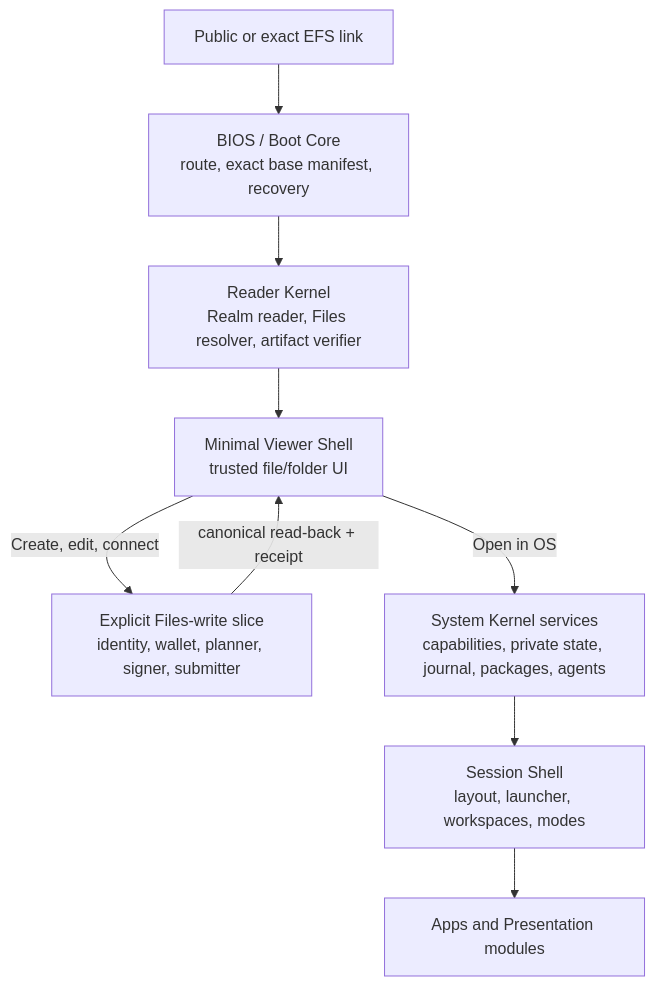
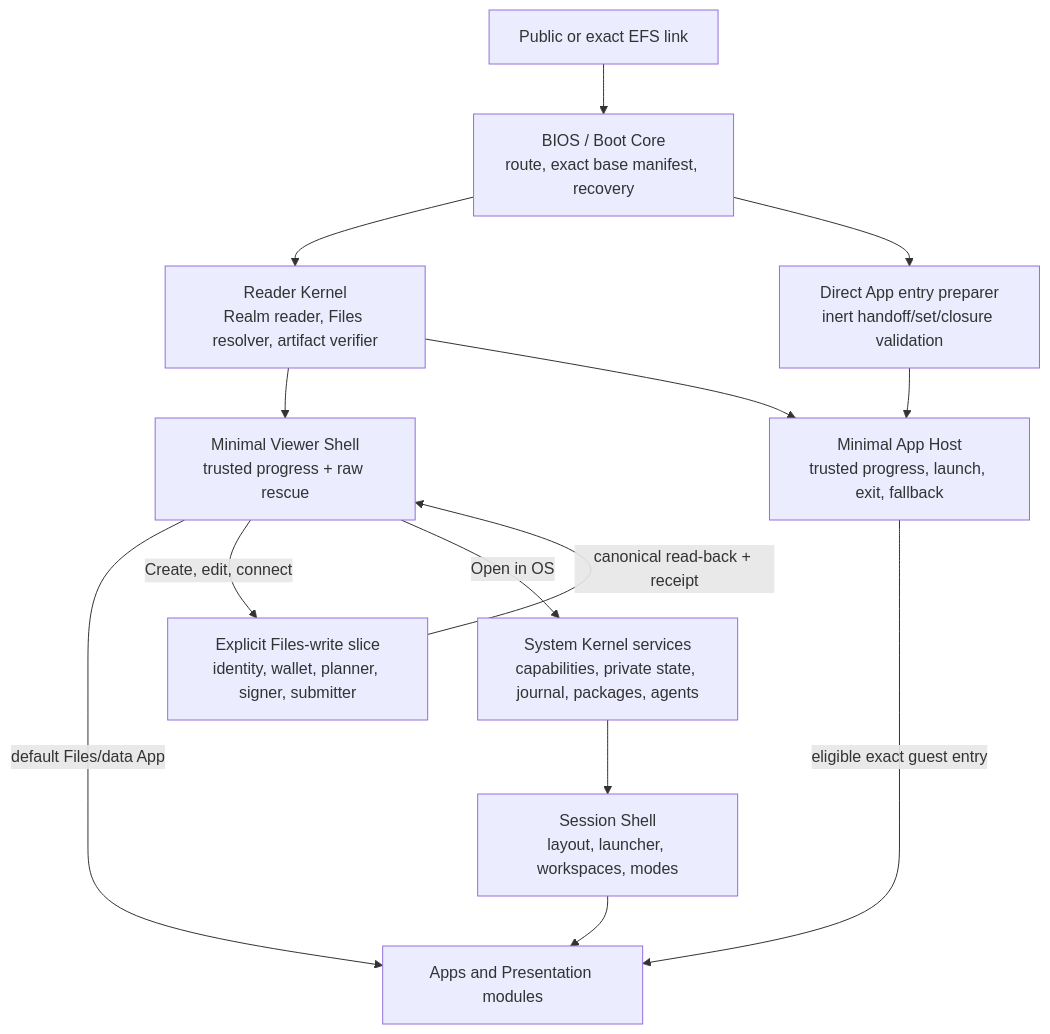
Before and after one commit to efs-project/planning: the diagram in Designs/web-client-os/README.md, drawn with Mermaid. The commit also changed other lines of this file and 10 other files, not shown here.

First line of the commit message:
design: define direct App launch and practical runtimes

````diff
--- a/Designs/web-client-os/README.md
+++ b/Designs/web-client-os/README.md
@@ -149,17 +161,24 @@
 ```mermaid
 flowchart TB
     LINK["Public or exact EFS link"]
     BIOS["BIOS / Boot Core<br/>route, exact base manifest, recovery"]
     READER["Reader Kernel<br/>Realm reader, Files resolver, artifact verifier"]
-    MIN["Minimal Viewer Shell<br/>trusted file/folder UI"]
+    PREP["Direct App entry preparer<br/>inert handoff/set/closure validation"]
+    MIN["Minimal Viewer Shell<br/>trusted progress + raw rescue"]
+    HOST["Minimal App Host<br/>trusted progress, launch, exit, fallback"]
     WRITE["Explicit Files-write slice<br/>identity, wallet, planner, signer, submitter"]
     SYSTEM["System Kernel services<br/>capabilities, private state, journal, packages, agents"]
     SHELL["Session Shell<br/>layout, launcher, workspaces, modes"]
     APPS["Apps and Presentation modules"]
 
-    LINK --> BIOS --> READER --> MIN
+    LINK --> BIOS --> READER
+    BIOS --> PREP --> HOST
+    READER --> MIN
+    READER --> HOST
+    MIN -->|"default Files/data App"| APPS
+    HOST -->|"eligible exact guest entry"| APPS
     MIN -->|"Create, edit, connect"| WRITE
     WRITE -->|"canonical read-back + receipt"| MIN
     MIN -->|"Open in OS"| SYSTEM
     SYSTEM --> SHELL --> APPS
 ```
````
